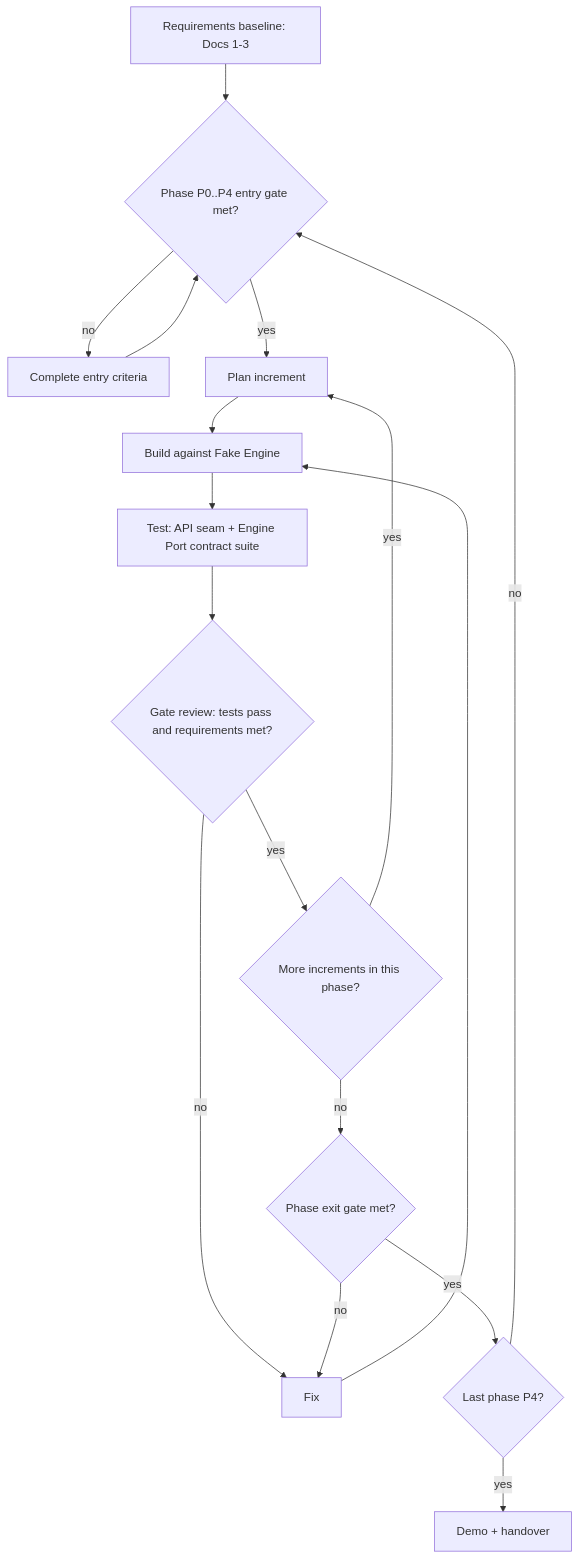
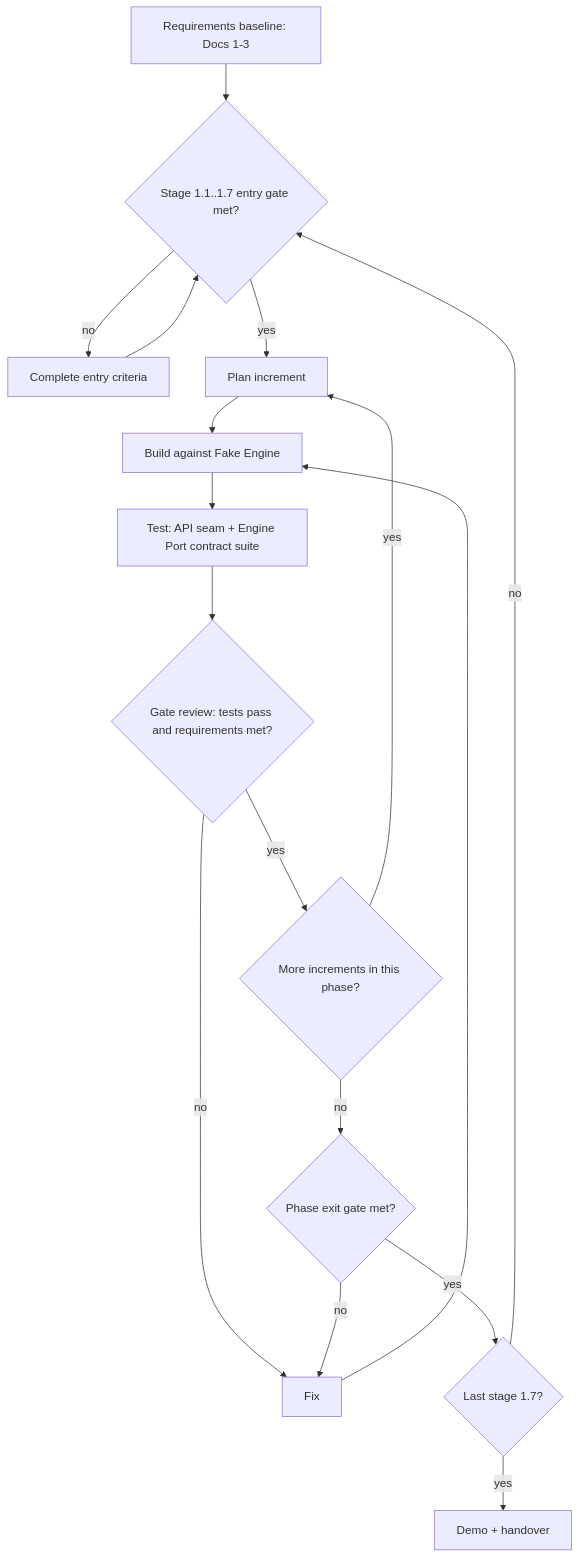
The diagram in docs/05_adr/ADR-009-dev-methodology.md (ralif444/Microgrid-Design-Tool), drawn with Mermaid before and after one commit. The commit also changed other lines of this file and 12 other files, not shown here.

````diff
--- a/docs/05_adr/ADR-009-dev-methodology.md
+++ b/docs/05_adr/ADR-009-dev-methodology.md
@@ -20,17 +20,17 @@
 ```mermaid
 flowchart TD
-  A[Requirements baseline: Docs 1-3] --> B{Phase P0..P4 entry gate met?}
+  A[Requirements baseline: Docs 1-3] --> B{Stage 1.1..1.7 entry gate met?}
   B -- no --> B1[Complete entry criteria] --> B
   B -- yes --> C[Plan increment]
   C --> D[Build against Fake Engine]
   D --> E[Test: API seam + Engine Port contract suite]
   E --> F{Gate review: tests pass and requirements met?}
   F -- no --> G[Fix] --> D
   F -- yes --> H{More increments in this phase?}
   H -- yes --> C
   H -- no --> I{Phase exit gate met?}
   I -- no --> G
-  I -- yes --> J{Last phase P4?}
+  I -- yes --> J{Last stage 1.7?}
   J -- no --> B
   J -- yes --> K[Demo + handover]
 ```
````
